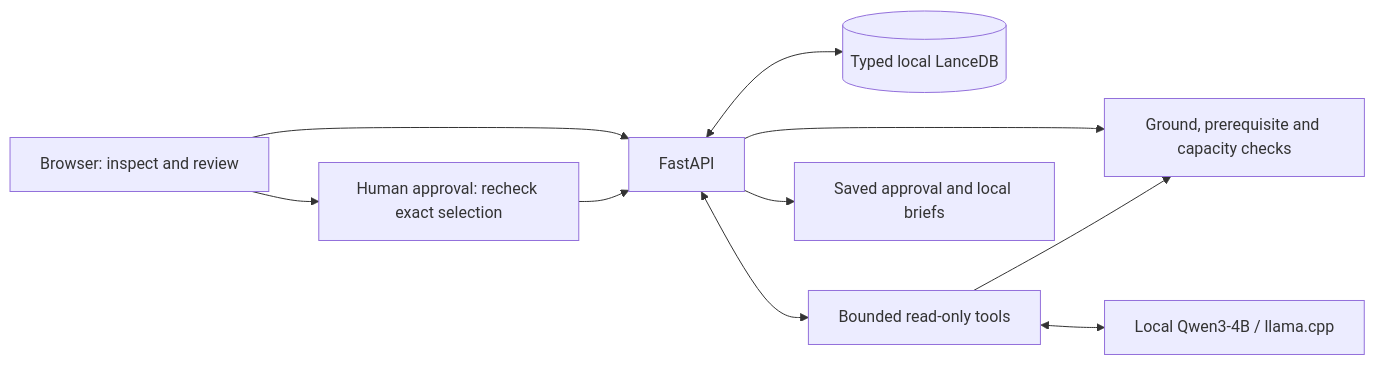
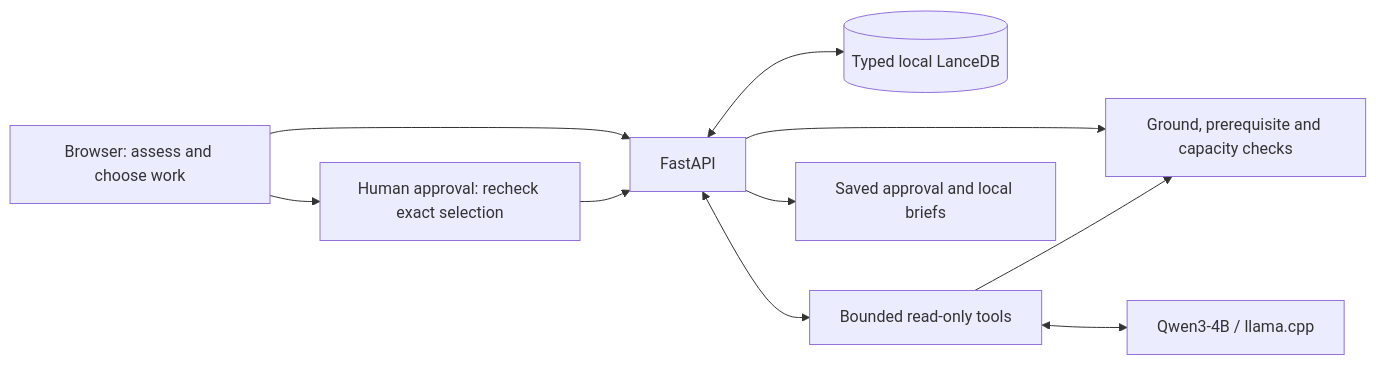
One commit to itikku/terraready changed the diagram in README.md. Above: the diagram before and after it, drawn with Mermaid. The commit also changed other lines of this file and 1 other file, not shown here.

Commit message:
docs: lead README with the live demo and local-model value

````diff
--- a/README.md
+++ b/README.md
@@ -28,12 +25,12 @@
 ```mermaid
 flowchart LR
-    UI[Browser: inspect and review] --> API[FastAPI]
+    UI[Browser: assess and choose work] --> API[FastAPI]
     API <--> DB[(Typed local LanceDB)]
     API --> Rules[Ground, prerequisite and capacity checks]
     API <--> Agent[Bounded read-only tools]
-    Agent <--> Model[Local Qwen3-4B / llama.cpp]
+    Agent <--> Model[Qwen3-4B / llama.cpp]
     Agent --> Rules
     UI --> Approval[Human approval: recheck exact selection]
     Approval --> API
     API --> Brief[Saved approval and local briefs]
 ```
````
